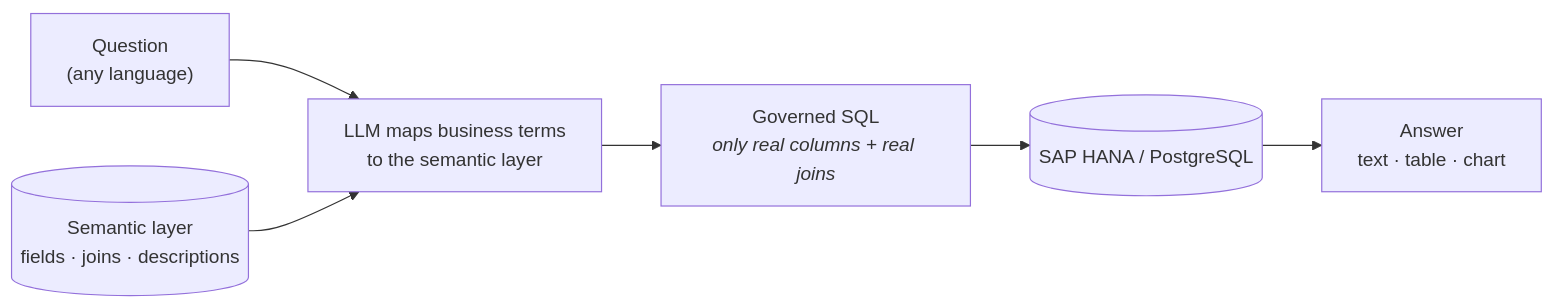
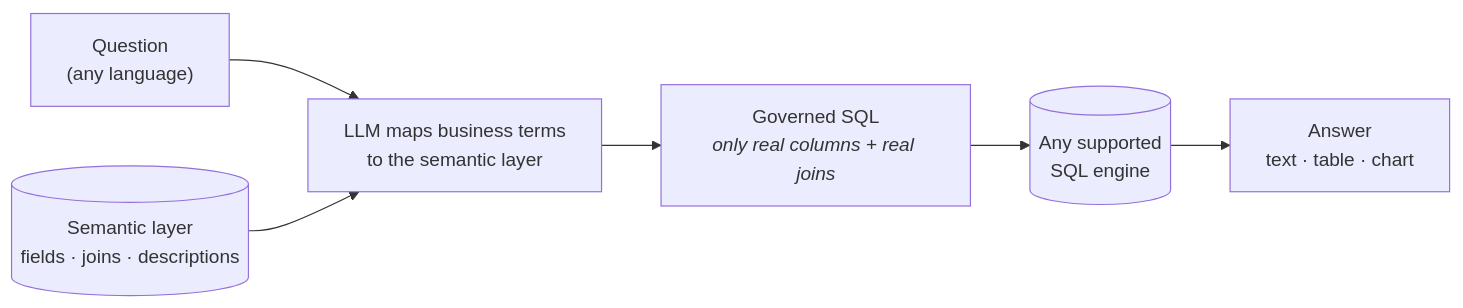
The fifth of 6 diagrams in platform/02-concepts.md (Onibex/agentic-semantic-knowledge-ask), drawn with Mermaid before and after one commit. The commit also changed other lines of this file and 21 other files, not shown here.

````diff
--- a/platform/02-concepts.md
+++ b/platform/02-concepts.md
@@ -202,8 +208,8 @@
 ```mermaid
 flowchart LR
     Q["Question<br/>(any language)"] --> M["LLM maps business terms<br/>to the semantic layer"]
     L[("Semantic layer<br/>fields · joins · descriptions")] --> M
     M --> SQL["Governed SQL<br/><i>only real columns + real joins</i>"]
-    SQL --> DB[("SAP HANA / PostgreSQL")]
+    SQL --> DB[("Any supported<br/>SQL engine")]
     DB --> ANS["Answer<br/>text · table · chart"]
 ```
````
